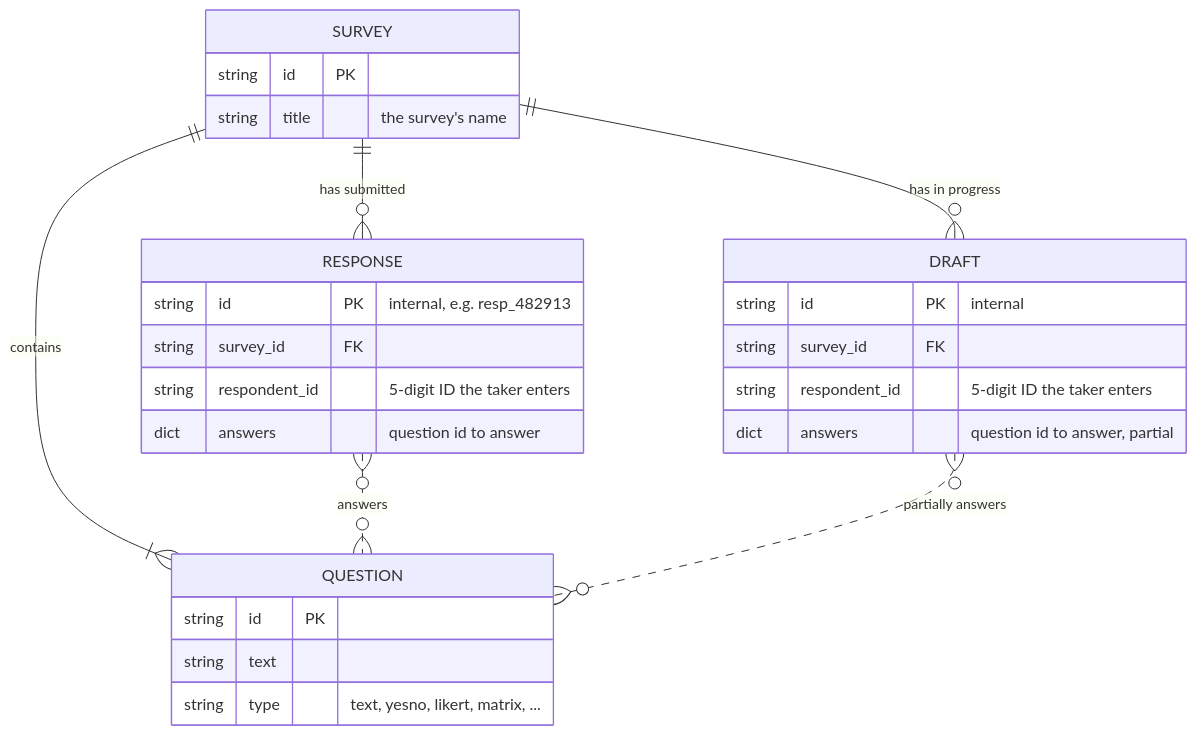
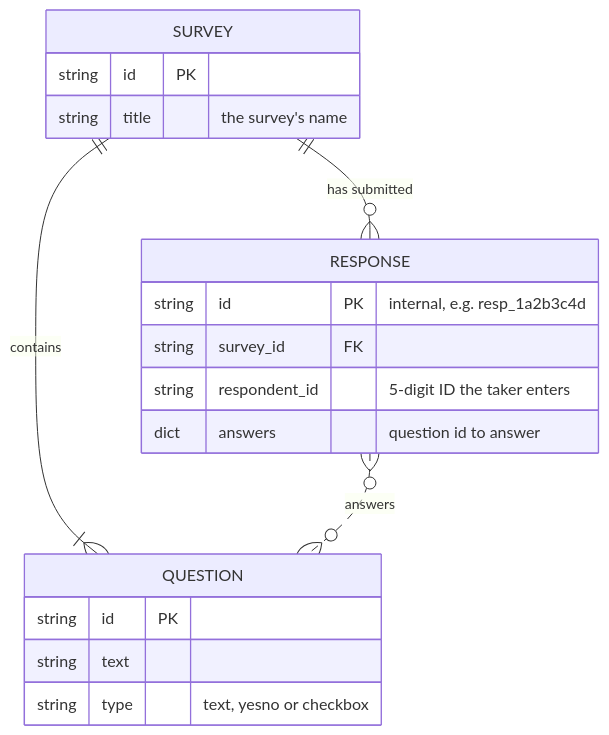
The diagram in docs/data-model-overview.md (uwescience/ai_assisted_python_programming), drawn with Mermaid before and after one commit. The commit also changed other lines of this file and 5 other files, not shown here.

````diff
--- a/docs/data-model-overview.md
+++ b/docs/data-model-overview.md
@@ -7,30 +7,22 @@
 ```mermaid
 erDiagram
     SURVEY ||--|{ QUESTION : "contains"
     SURVEY ||--o{ RESPONSE : "has submitted"
-    SURVEY ||--o{ DRAFT : "has in progress"
     RESPONSE }o..o{ QUESTION : "answers"
-    DRAFT }o..o{ QUESTION : "partially answers"
 
     SURVEY {
         string id PK
         string title "the survey's name"
     }
     QUESTION {
         string id PK
         string text
-        string type "text, yesno, likert, matrix, ..."
+        string type "text, yesno or checkbox"
     }
     RESPONSE {
-        string id PK "internal, e.g. resp_482913"
+        string id PK "internal, e.g. resp_1a2b3c4d"
         string survey_id FK
         string respondent_id "5-digit ID the taker enters"
         dict answers "question id to answer"
     }
-    DRAFT {
-        string id PK "internal"
-        string survey_id FK
-        string respondent_id "5-digit ID the taker enters"
-        dict answers "question id to answer, partial"
-    }
 ```
````
